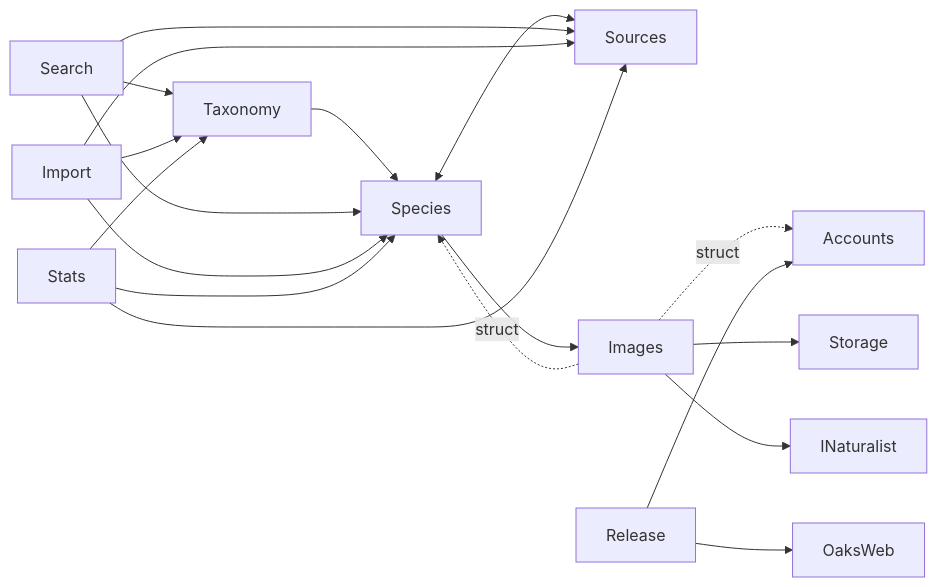
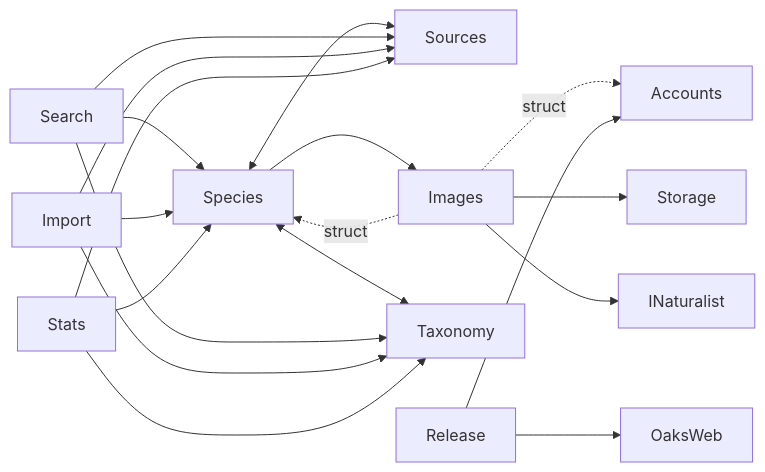
The third of 3 diagrams in docs/architecture/README.md (jeffdc/oaks), drawn with Mermaid before and after one commit. The commit also changed other lines of this file and 44 other files, not shown here.

````diff
--- a/docs/architecture/README.md
+++ b/docs/architecture/README.md
@@ -90,21 +90,21 @@
 ```mermaid
 flowchart LR
   Species <--> Sources
   Species --> Images
   Images -.->|struct| Species
   Images -.->|struct| Accounts
   Images --> Storage
   Images --> INaturalist
-  Taxonomy --> Species
+  Species <--> Taxonomy
   Search --> Species
   Search --> Sources
   Search --> Taxonomy
   Import --> Species
   Import --> Sources
   Import --> Taxonomy
   Stats --> Species
   Stats --> Sources
   Stats --> Taxonomy
   Release --> Accounts
   Release --> OaksWeb
 ```
````
